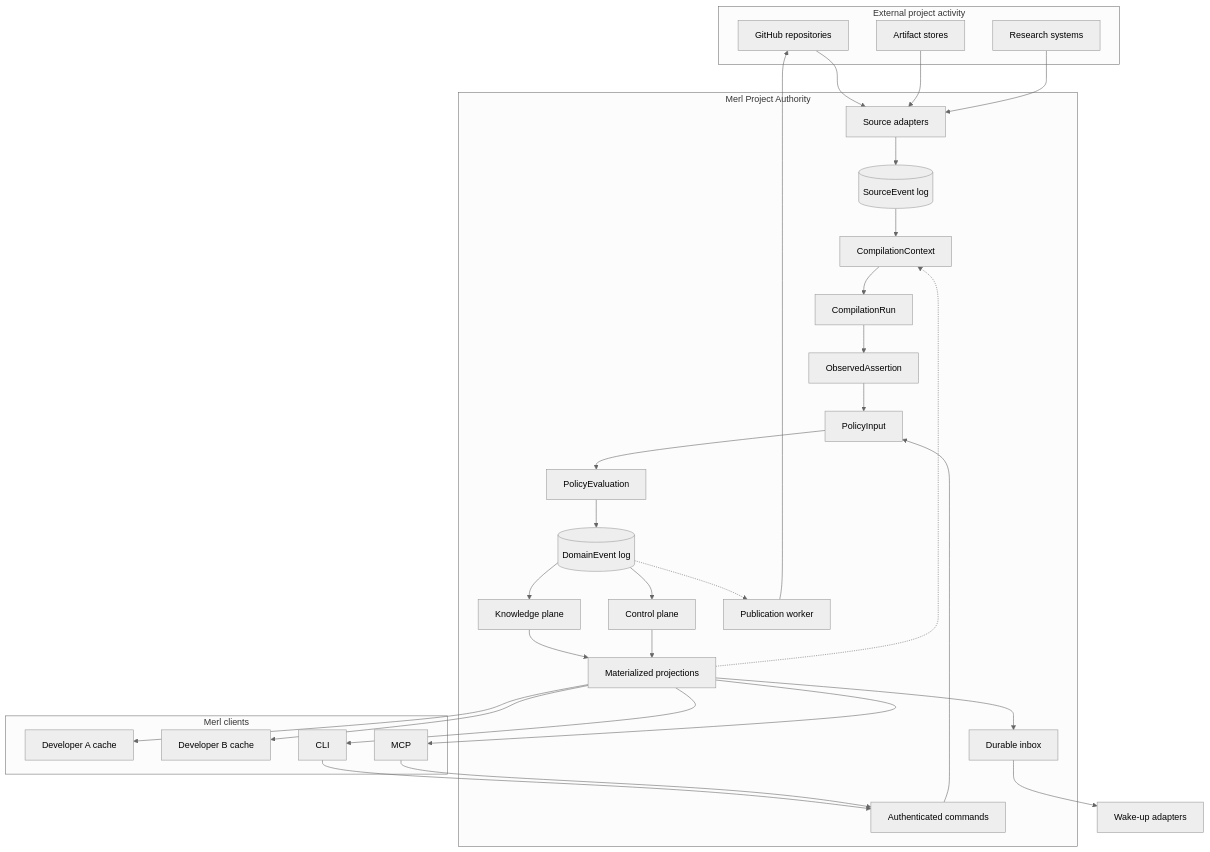
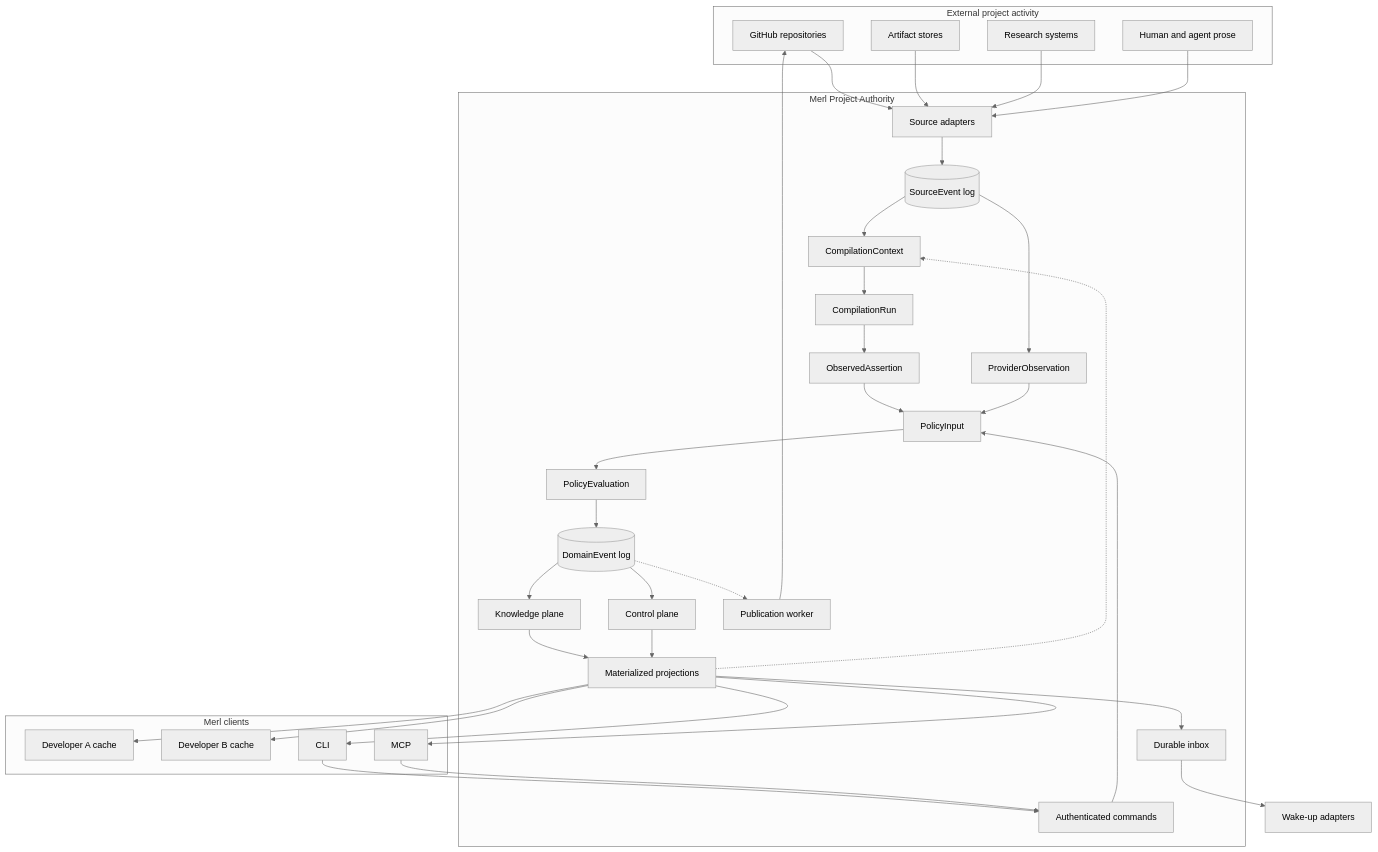
The first of 5 diagrams in docs/architecture.md (infagent/merl), drawn with Mermaid (neutral theme) before and after one commit. The commit also changed other lines of this file and 3 other files, not shown here.

Commit message:
docs: finalize architecture invariants

````diff
--- a/docs/architecture.md
+++ b/docs/architecture.md
@@ -42,52 +45,56 @@
 ```mermaid
 flowchart TB
     subgraph activity[External project activity]
         GH[GitHub repositories]
         AR[Artifact stores]
         RR[Research systems]
+        DM[Human and agent prose]
     end
 
     subgraph authority[Merl Project Authority]
         SA[Source adapters]
         SE[(SourceEvent log)]
         CX[CompilationContext]
         CR[CompilationRun]
         OA[ObservedAssertion]
+        PO[ProviderObservation]
         PI[PolicyInput]
         PE[PolicyEvaluation]
         DE[(DomainEvent log)]
         KP[Knowledge plane]
         CP[Control plane]
         MP[Materialized projections]
         IN[Durable inbox]
         CMD[Authenticated commands]
         PUB[Publication worker]
 
         SA --> SE --> CX --> CR --> OA --> PI --> PE --> DE
+        SE --> PO --> PI
         CMD --> PI
         DE --> KP --> MP
         DE --> CP --> MP
         MP -.-> CX
         MP --> IN
         DE -.-> PUB
     end
 
     subgraph clients[Merl clients]
         A[Developer A cache]
         B[Developer B cache]
         CLI[CLI]
         MCP[MCP]
     end
 
     GH --> SA
     AR --> SA
     RR --> SA
+    DM --> SA
     MP --> A
     MP --> B
     MP --> CLI
     MP --> MCP
     CLI --> CMD
     MCP --> CMD
     IN --> WA[Wake-up adapters]
     PUB --> GH
 ```
````
